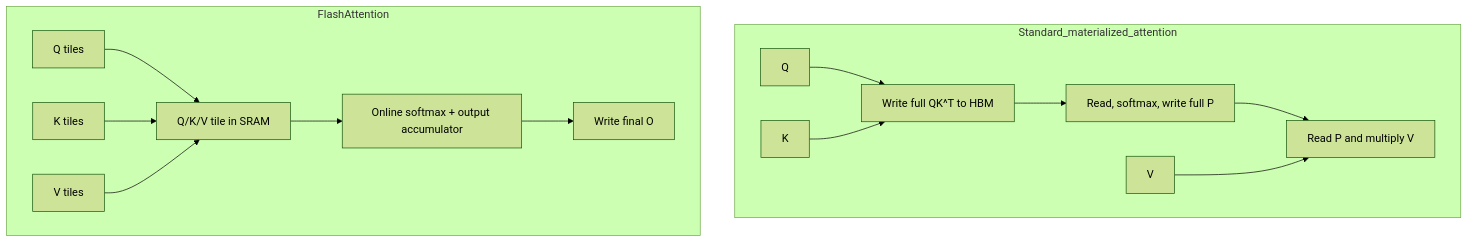
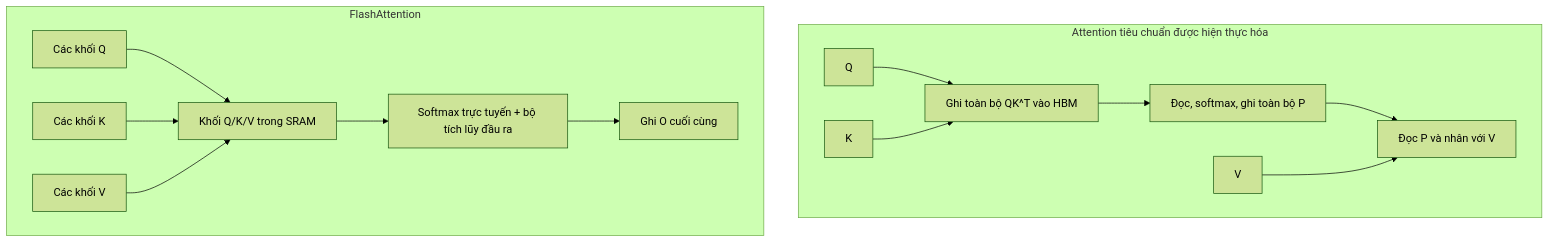
One commit to cycler04/VinRobotics-VLA changed the diagram in docs/research_finding/01-gwen/module_details/LLM_modules/FlashAttention.md. Above: the diagram before and after it, drawn with Mermaid (forest theme). The commit also changed other lines of this file and 79 other files, not shown here.

````diff
--- a/docs/research_finding/01-gwen/module_details/LLM_modules/FlashAttention.md
+++ b/docs/research_finding/01-gwen/module_details/LLM_modules/FlashAttention.md
@@ -64,17 +71,17 @@
 ```mermaid
 flowchart TD
-    subgraph Standard_materialized_attention
-      Q1[Q] --> S1[Write full QK^T to HBM]
+    subgraph Standard_materialized_attention[Attention tiêu chuẩn được hiện thực hóa]
+      Q1[Q] --> S1[Ghi toàn bộ QK^T vào HBM]
       K1[K] --> S1
-      S1 --> P1[Read, softmax, write full P]
-      P1 --> O1[Read P and multiply V]
+      S1 --> P1[Đọc, softmax, ghi toàn bộ P]
+      P1 --> O1[Đọc P và nhân với V]
       V1[V] --> O1
     end
     subgraph FlashAttention
-      Q2[Q tiles] --> SRAM[Q/K/V tile in SRAM]
-      K2[K tiles] --> SRAM
-      V2[V tiles] --> SRAM
-      SRAM --> OS[Online softmax + output accumulator]
-      OS --> O2[Write final O]
+      Q2[Các khối Q] --> SRAM[Khối Q/K/V trong SRAM]
+      K2[Các khối K] --> SRAM
+      V2[Các khối V] --> SRAM
+      SRAM --> OS[Softmax trực tuyến + bộ tích lũy đầu ra]
+      OS --> O2[Ghi O cuối cùng]
     end
 ```
````
